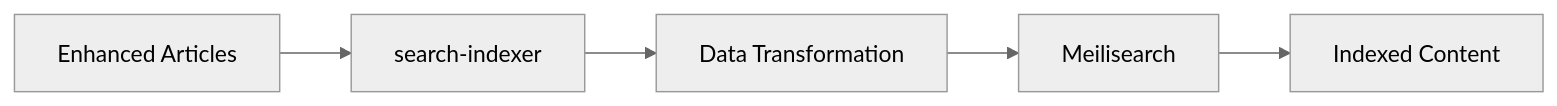
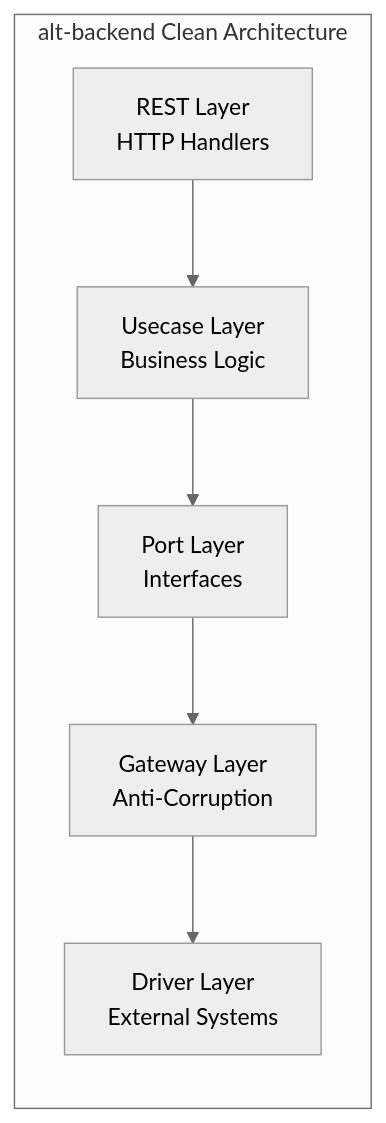
Before and after one commit to Kaikei-e/Alt: the third of 11 diagrams in README.md, drawn with Mermaid (neutral theme). The commit also changed other lines of this file, not shown here.

First line of the commit message:
feat: revamp README.md for enhanced clarity and detail

````diff
--- a/README.md
+++ b/README.md
@@ -103,7 +189,15 @@
 ```mermaid
 graph LR
-    A[Enhanced Articles] --> B[search-indexer]
-    B --> C[Data Transformation]
-    C --> D[Meilisearch]
-    D --> E[Indexed Content]
+    subgraph "alt-backend Clean Architecture"
+        REST[REST Layer<br/>HTTP Handlers]
+        USE[Usecase Layer<br/>Business Logic]
+        PORT[Port Layer<br/>Interfaces]
+        GATE[Gateway Layer<br/>Anti-Corruption]
+        DRIVER[Driver Layer<br/>External Systems]
+
+        REST --> USE
+        USE --> PORT
+        PORT --> GATE
+        GATE --> DRIVER
+    end
 ```
````
